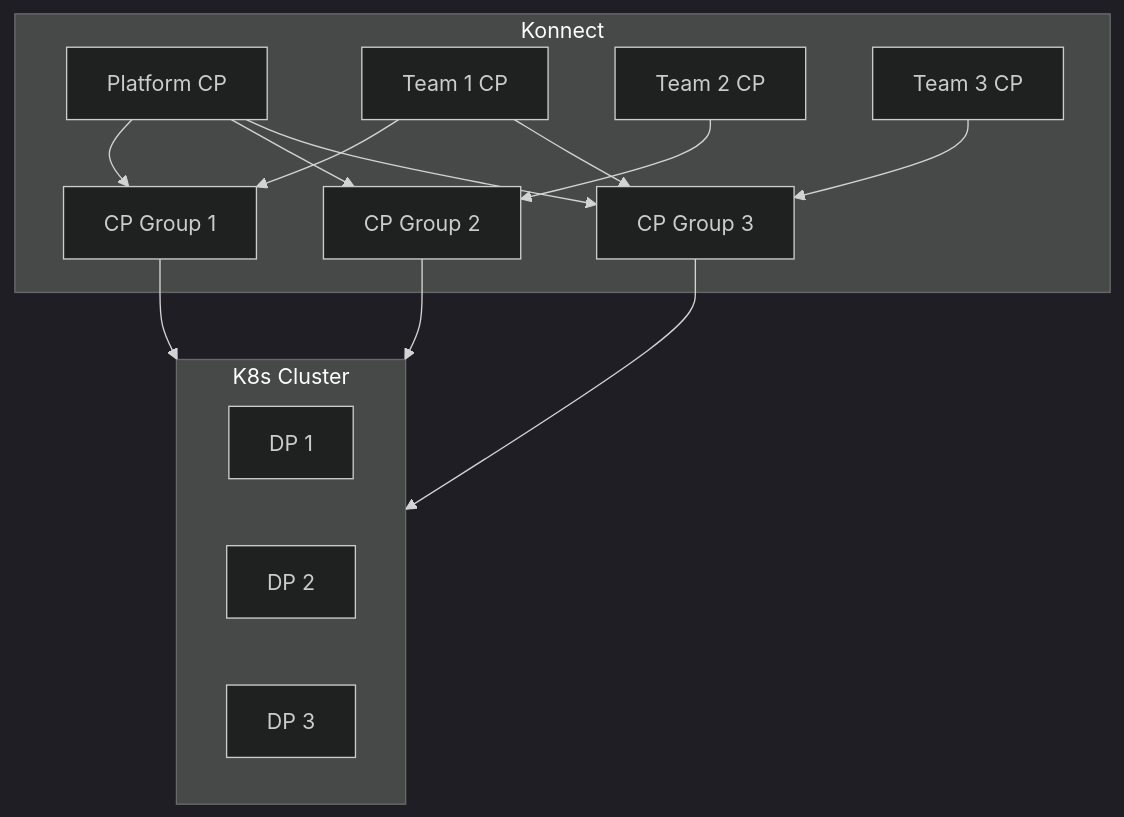
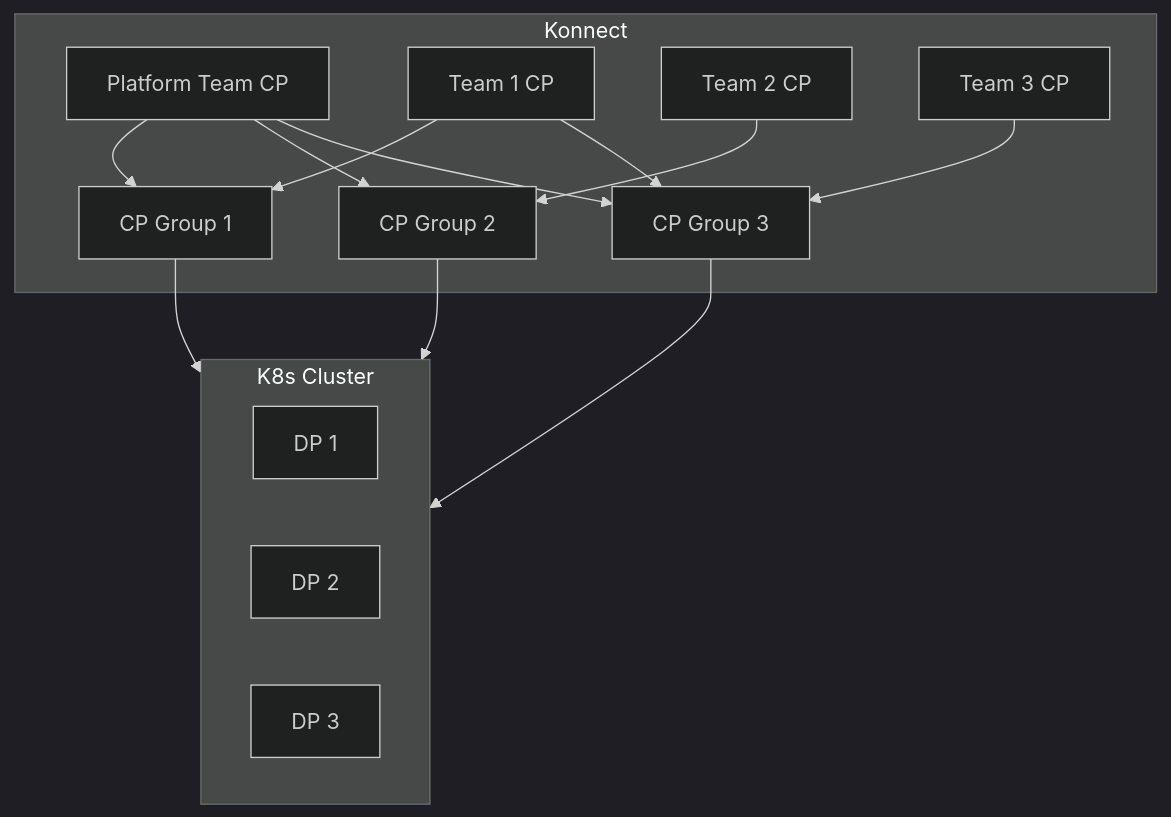
One commit to pantsel/konnect-platform-ops-demo changed the second of 3 diagrams in README.md. Above: the diagram before and after it, drawn with Mermaid (dark theme).

````diff
--- a/README.md
+++ b/README.md
@@ -133,32 +133,32 @@
 ```mermaid
 graph TD;
   subgraph Konnect
     A[CP Group 1]
     B[CP Group 2]
     C[CP Group 3]
-    D[Platform CP]
+    D[Platform Team CP]
     E[Team 1 CP]
     F[Team 2 CP]
     G[Team 3 CP]
 
     D --> A
     E --> A
     D --> B
     F --> B
     D --> C
     G --> C
     E --> C
   end
 
   subgraph K8s Cluster
     direction RL
     H[DP 1]
     I[DP 2]
     J[DP 3]
   end
 
   A --> H
   B --> I
   C --> J
 
 ```
````
